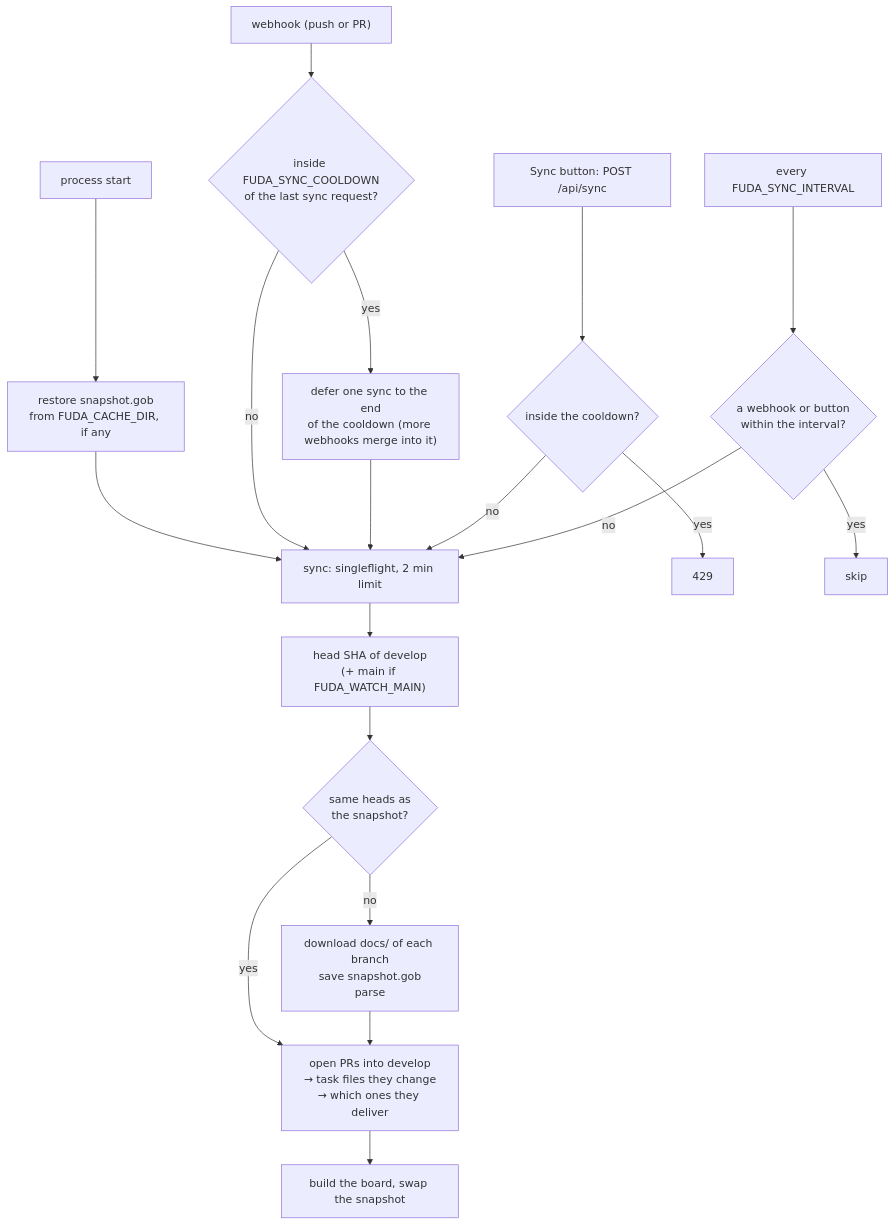
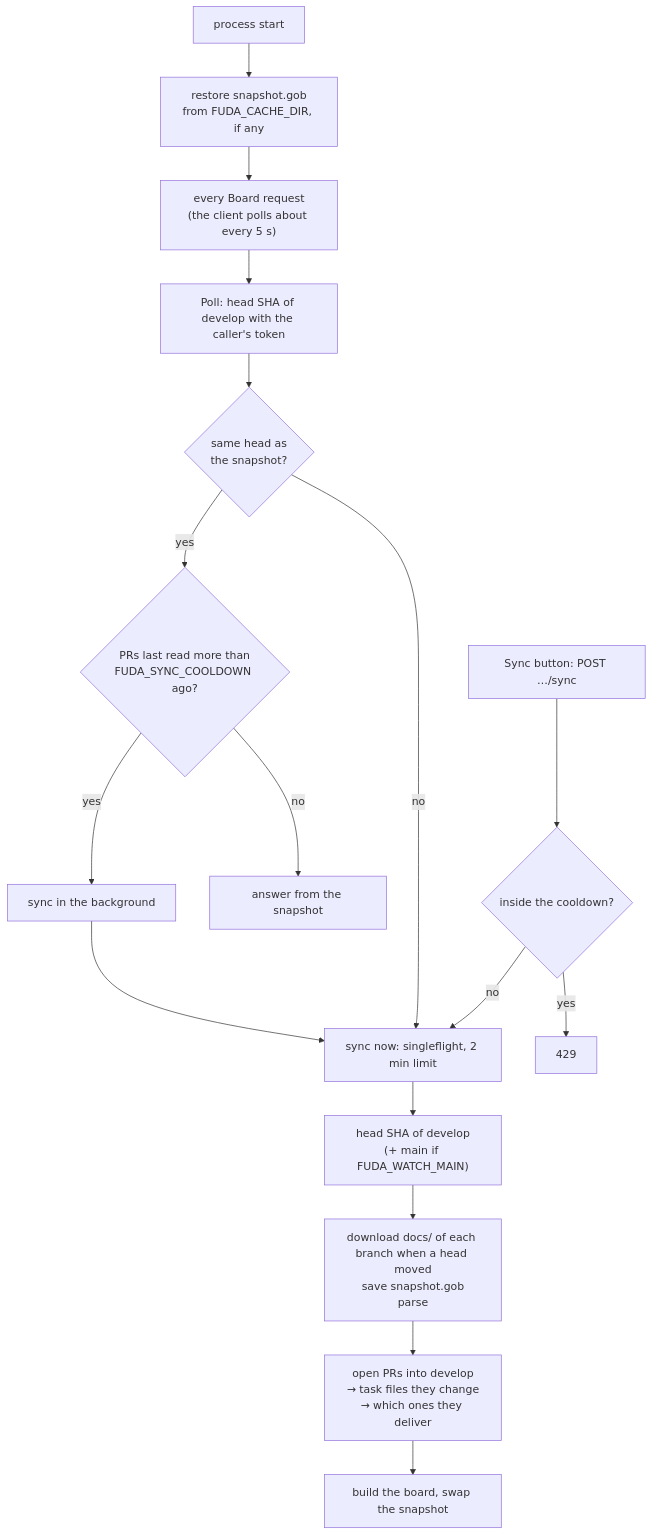
The third of 5 diagrams in docs/architecture.md (milos-sikic-nimbus-tech/fuda), drawn with Mermaid before and after one commit. The commit also changed other lines of this file and 43 other files, not shown here.

````diff
--- a/docs/architecture.md
+++ b/docs/architecture.md
@@ -96,18 +124,15 @@
 ```mermaid
 flowchart TD
-  START["process start"] --> R["restore snapshot.gob<br/>from FUDA_CACHE_DIR, if any"] --> S
-  W["webhook (push or PR)"] --> NC{"inside FUDA_SYNC_COOLDOWN<br/>of the last sync request?"}
-  NC -- no --> S
-  NC -- yes --> DEF["defer one sync to the end<br/>of the cooldown (more webhooks merge into it)"] --> S
-  B["Sync button: POST /api/sync"] --> BC{"inside the cooldown?"}
+  START["process start"] --> R["restore snapshot.gob<br/>from FUDA_CACHE_DIR, if any"] --> REQ
+  REQ["every Board request<br/>(the client polls about every 5 s)"] --> H["Poll: head SHA of develop with the caller's token"]
+  H --> SAME{"same head as<br/>the snapshot?"}
+  SAME -- yes --> DUE{"PRs last read more than<br/>FUDA_SYNC_COOLDOWN ago?"}
+  DUE -- yes --> BG["sync in the background"] --> S
+  DUE -- no --> ANS["answer from the snapshot"]
+  SAME -- no --> S["sync now: singleflight, 2 min limit"]
+  B["Sync button: POST …/sync"] --> BC{"inside the cooldown?"}
   BC -- yes --> TMR["429"]
   BC -- no --> S
-  TK["every FUDA_SYNC_INTERVAL"] --> DUE{"a webhook or button<br/>within the interval?"}
-  DUE -- yes --> SKIP[skip]
-  DUE -- no --> S
-  S["sync: singleflight, 2 min limit"] --> H["head SHA of develop<br/>(+ main if FUDA_WATCH_MAIN)"]
-  H --> SAME{"same heads as<br/>the snapshot?"}
-  SAME -- yes --> PRS
-  SAME -- no --> F["download docs/ of each branch<br/>save snapshot.gob<br/>parse"] --> PRS
+  S --> HM["head SHA of develop<br/>(+ main if FUDA_WATCH_MAIN)"] --> F["download docs/ of each branch when a head moved<br/>save snapshot.gob<br/>parse"] --> PRS
   PRS["open PRs into develop<br/>→ task files they change<br/>→ which ones they deliver"] --> SWAP["build the board, swap the snapshot"]
 ```
````
